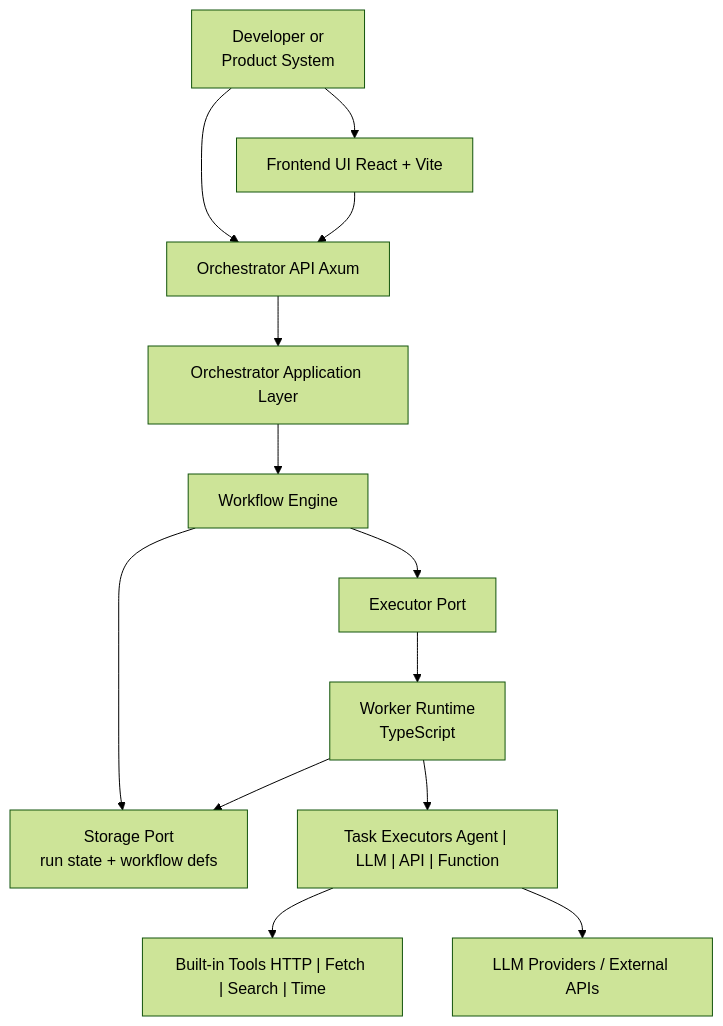
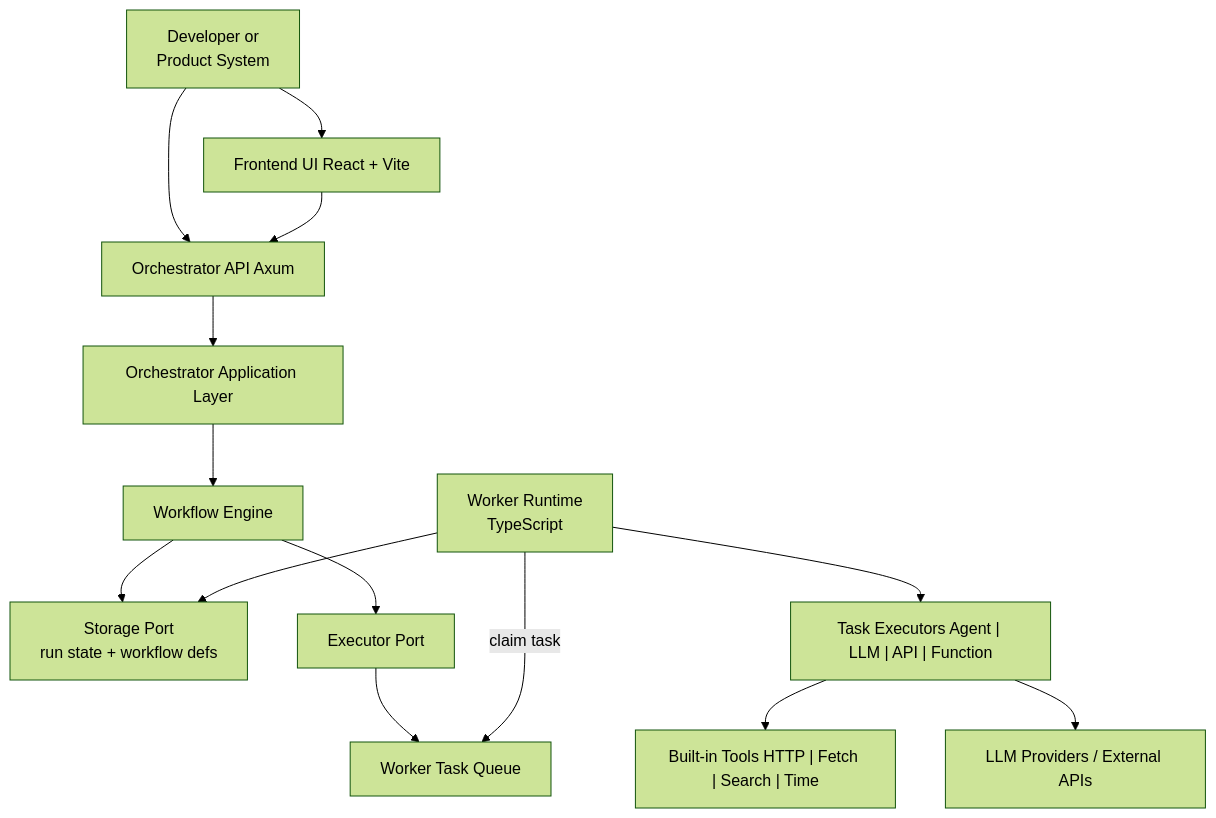
The diagram in README.md (markosski/runhelm), drawn with Mermaid (forest theme) before and after one commit. The commit also changed other lines of this file and 16 other files, not shown here.

````diff
--- a/README.md
+++ b/README.md
@@ -36,28 +37,30 @@
 ```mermaid
 flowchart TD
     User["Developer or<br>Product System"]
     UI["Frontend UI React + Vite"]
     API["Orchestrator API Axum"]
     App["Orchestrator Application Layer"]
     Engine["Workflow Engine"]
     Storage["Storage Port<br>run state + workflow defs"]
     Executor["Executor Port"]
+    Queue["Worker Task Queue"]
     Worker["Worker Runtime<br>TypeScript"]
     TaskExec["Task Executors Agent | LLM | API | Function"]
     Tools["Built-in Tools HTTP | Fetch | Search | Time"]
     Providers["LLM Providers / External APIs"]
 
     User --> UI
     User --> API
     UI --> API
     API --> App
     App --> Engine
     Engine --> Storage
     Engine --> Executor
-    Executor --> Worker
+    Executor --> Queue
+    Worker -->|claim task| Queue
     Worker --> TaskExec
     TaskExec --> Tools
     TaskExec --> Providers
     Worker --> Storage
 
 ```
````
